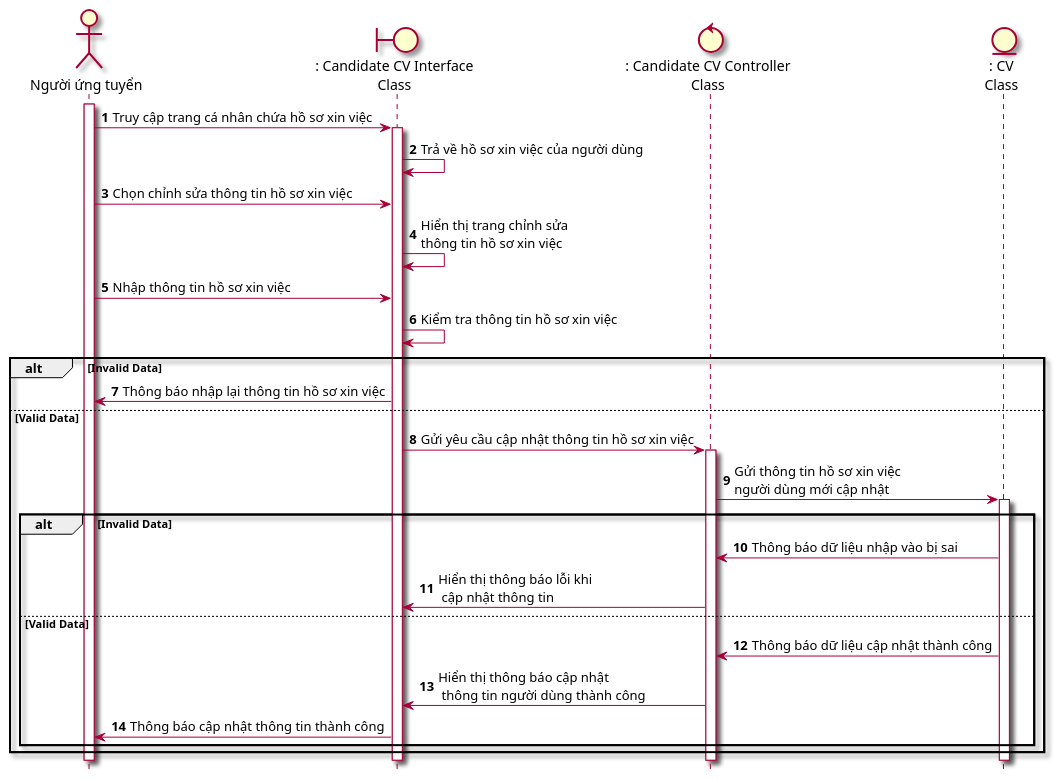
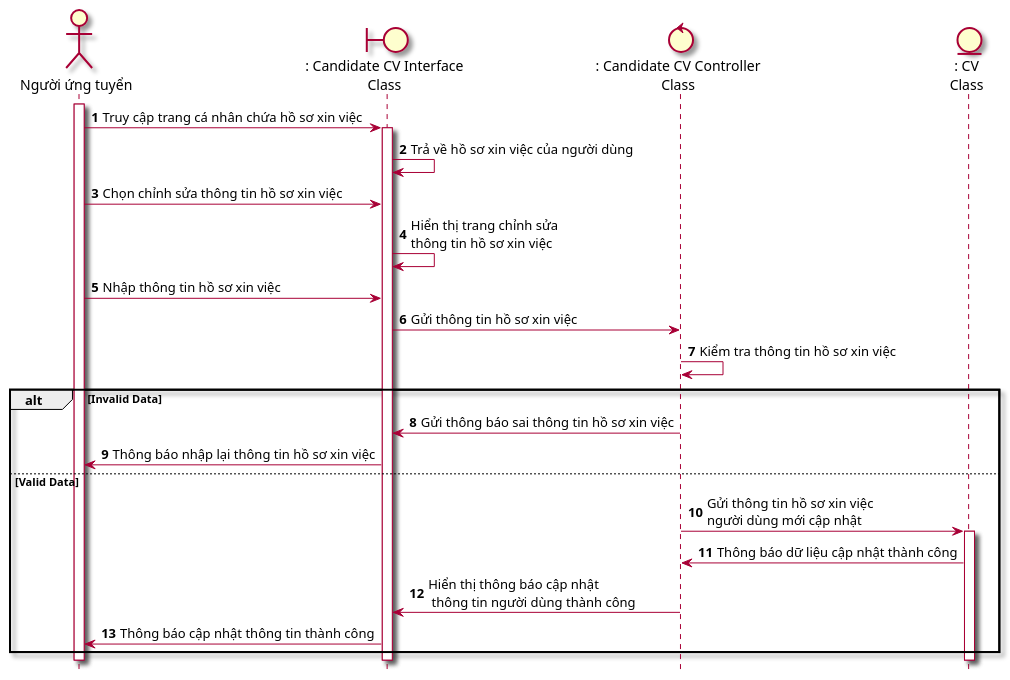
Before and after one commit to Griselda4774/EAS-EmploymentAssistanceSystem: the diagram in Lab1/Lab 1.2 Diagram/Sequence/FilePUML/6.2 SeqQuanLyHoSoXinViec.puml, drawn with PlantUML. The commit also changed 20 other files, not shown here.

```diff
--- a/Lab1/Lab 1.2 Diagram/Sequence/FilePUML/6.2 SeqQuanLyHoSoXinViec.puml
+++ b/Lab1/Lab 1.2 Diagram/Sequence/FilePUML/6.2 SeqQuanLyHoSoXinViec.puml
@@ -1,30 +1,26 @@
 @startuml SeqQuanLyHoSoXinViec
 skin rose
 hide footbox
 actor nguoiUngTuyen as "Người ứng tuyển"
 boundary candidateInterface as ": Candidate CV Interface\nClass"
 control cVController as ": Candidate CV Controller\nClass"
 entity CV as ": CV\nClass"
 autonumber
 nguoiUngTuyen++
 nguoiUngTuyen-> candidateInterface++: Truy cập trang cá nhân chứa hồ sơ xin việc
 candidateInterface->candidateInterface: Trả về hồ sơ xin việc của người dùng
 nguoiUngTuyen-> candidateInterface: Chọn chỉnh sửa thông tin hồ sơ xin việc
 candidateInterface-> candidateInterface: Hiển thị trang chỉnh sửa\nthông tin hồ sơ xin việc
 nguoiUngTuyen -> candidateInterface: Nhập thông tin hồ sơ xin việc
-candidateInterface->candidateInterface: Kiểm tra thông tin hồ sơ xin việc
+candidateInterface->cVController: Gửi thông tin hồ sơ xin việc
+cVController->cVController: Kiểm tra thông tin hồ sơ xin việc
 alt Invalid Data
+cVController->candidateInterface: Gửi thông báo sai thông tin hồ sơ xin việc
 candidateInterface -> nguoiUngTuyen: Thông báo nhập lại thông tin hồ sơ xin việc
 else Valid Data
-candidateInterface -> cVController++: Gửi yêu cầu cập nhật thông tin hồ sơ xin việc
 cVController -> CV++: Gửi thông tin hồ sơ xin việc \nngười dùng mới cập nhật
-alt Invalid Data
-CV -> cVController: Thông báo dữ liệu nhập vào bị sai
-cVController -> candidateInterface: Hiển thị thông báo lỗi khi\n cập nhật thông tin
-else Valid Data
 CV -> cVController: Thông báo dữ liệu cập nhật thành công
 cVController -> candidateInterface: Hiển thị thông báo cập nhật\n thông tin người dùng thành công
 candidateInterface -> nguoiUngTuyen: Thông báo cập nhật thông tin thành công
 end
-end
 @enduml
```
